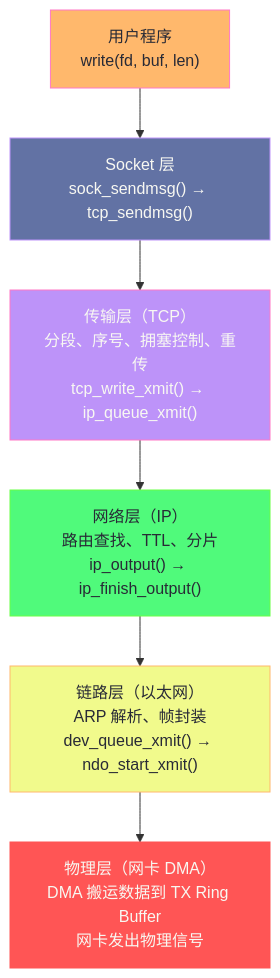
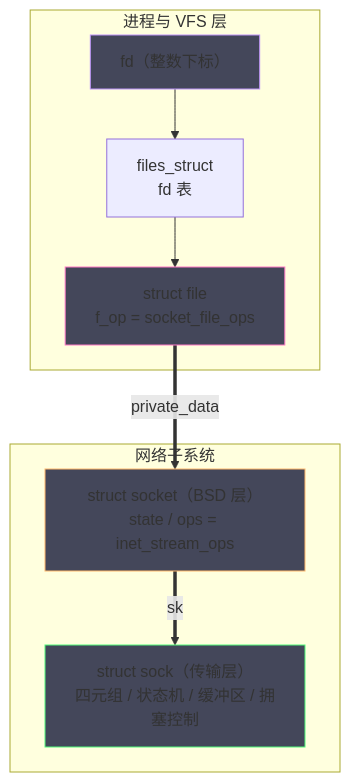
Before and after one commit to hpliStartAgain/my-brain: the first of 5 diagrams in content/Linux/网络协议栈与IO/01 网络 IO 的本质——从 socket() 到网卡 DMA.md, drawn with Mermaid. The commit also changed other lines of this file and 47 other files, not shown here.

````diff
--- a/content/Linux/网络协议栈与IO/01 网络 IO 的本质——从 socket() 到网卡 DMA.md
+++ b/content/Linux/网络协议栈与IO/01 网络 IO 的本质——从 socket() 到网卡 DMA.md
@@ -86,23 +44,17 @@
 ```mermaid
 %%{init: {'theme': 'dracula'}}%%
-graph TD
-    classDef user fill:#ffb86c,stroke:#ff79c6,color:#282a36
-    classDef sock fill:#6272a4,stroke:#bd93f9,color:#f8f8f2
-    classDef tcp fill:#bd93f9,stroke:#ff79c6,color:#f8f8f2
-    classDef ip fill:#50fa7b,stroke:#69ff47,color:#282a36
-    classDef drv fill:#f1fa8c,stroke:#ffb86c,color:#282a36
-    classDef hw fill:#ff5555,stroke:#ff5555,color:#f8f8f2
-
-    APP["用户程序</br>write(fd, buf, len)"]:::user
-    SOCK["Socket 层</br>sock_sendmsg() → tcp_sendmsg()"]:::sock
-    TCP["传输层（TCP）</br>分段、序号、拥塞控制、重传</br>tcp_write_xmit() → ip_queue_xmit()"]:::tcp
-    IP["网络层（IP）</br>路由查找、TTL、分片</br>ip_output() → ip_finish_output()"]:::ip
-    ETH["链路层（以太网）</br>ARP 解析、帧封装</br>dev_queue_xmit() → ndo_start_xmit()"]:::drv
-    HW["物理层（网卡 DMA）</br>DMA 搬运数据到 TX Ring Buffer</br>网卡发出物理信号"]:::hw
-
-    APP --> SOCK
-    SOCK --> TCP
-    TCP --> IP
-    IP --> ETH
-    ETH --> HW
+flowchart TB
+    subgraph VFS["进程与 VFS 层"]
+        FD["fd（整数下标）"] --> FILES["files_struct<br/>fd 表"]
+        FILES --> FILE["struct file<br/>f_op = socket_file_ops"]
+    end
+    FILE ==private_data==> SOCKET
+    subgraph NET["网络子系统"]
+        SOCKET["struct socket（BSD 层）<br/>state / ops = inet_stream_ops"]
+        SOCKET ==sk==> SOCK["struct sock（传输层）<br/>四元组 / 状态机 / 缓冲区 / 拥塞控制"]
+    end
+    style FD fill:#44475a,stroke:#bd93f9
+    style FILE fill:#44475a,stroke:#ff79c6
+    style SOCKET fill:#44475a,stroke:#ffb86c
+    style SOCK fill:#44475a,stroke:#50fa7b
 ```
````
